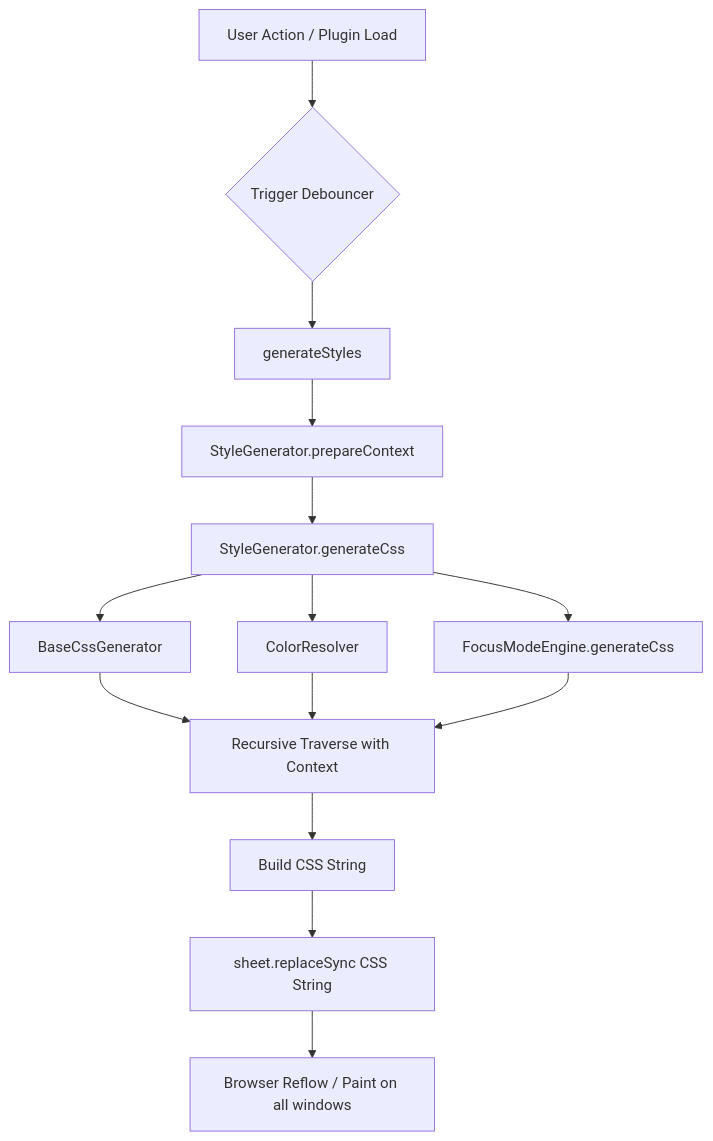
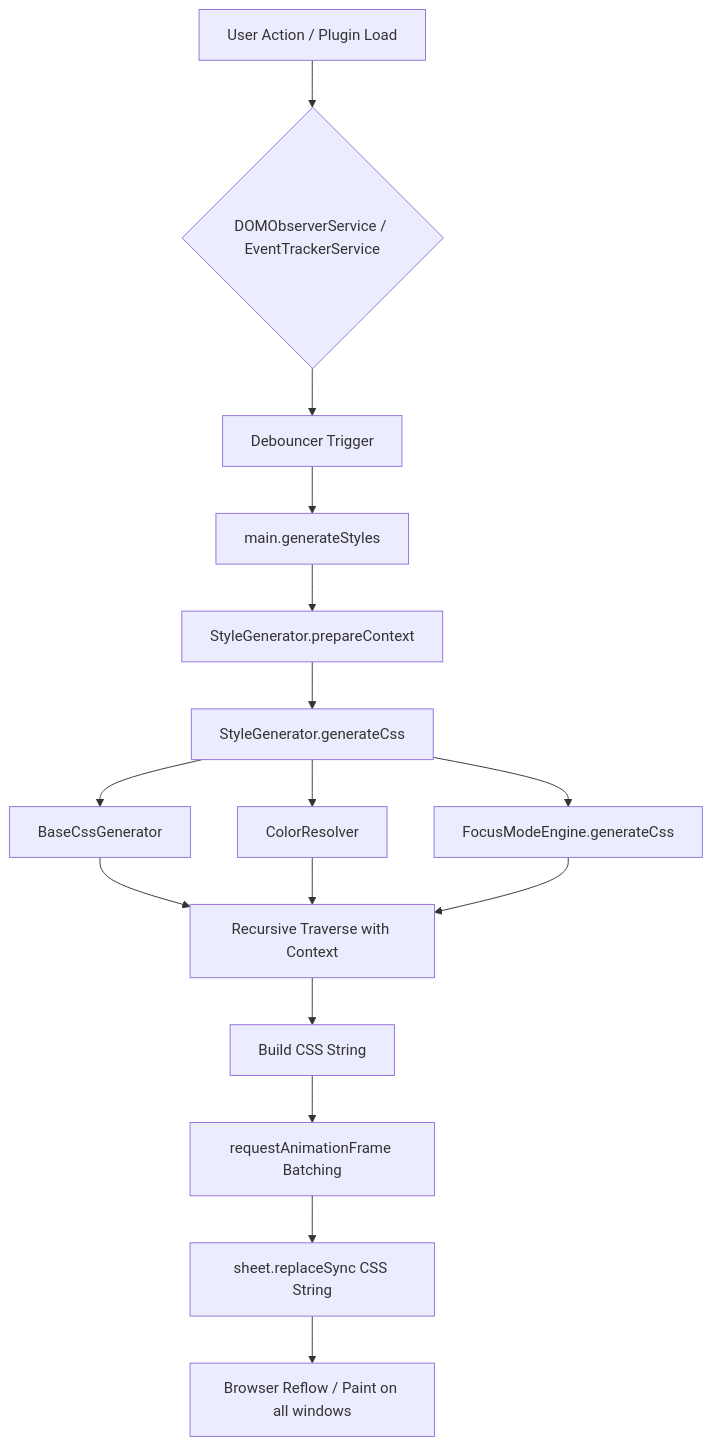
One commit to RohitNahar-Offical/colorful-folders-obsidian changed the first of 4 diagrams in docs/ARCHITECTURE.md. Above: the diagram before and after it, drawn with Mermaid. The commit also changed other lines of this file and 16 other files, not shown here.

Commit message:
feat: implement core plugin architecture and style generation logic for Colorful Folders

````diff
--- a/docs/ARCHITECTURE.md
+++ b/docs/ARCHITECTURE.md
@@ -16,16 +16,18 @@
 ```mermaid
 graph TD
-    A[User Action / Plugin Load] --> B{Trigger Debouncer}
-    B --> C[generateStyles]
-    C --> D[StyleGenerator.prepareContext]
-    D --> E[StyleGenerator.generateCss]
-    E --> F1[BaseCssGenerator]
-    E --> F2[ColorResolver]
-    E --> F3[FocusModeEngine.generateCss]
-    F1 --> G[Recursive Traverse with Context]
-    F2 --> G
-    F3 --> G
-    G --> H[Build CSS String]
-    H --> I[sheet.replaceSync CSS String]
-    I --> J[Browser Reflow / Paint on all windows]
+    A[User Action / Plugin Load] --> B{DOMObserverService / EventTrackerService}
+    B --> C[Debouncer Trigger]
+    C --> D[main.generateStyles]
+    D --> E[StyleGenerator.prepareContext]
+    E --> F[StyleGenerator.generateCss]
+    F --> G1[BaseCssGenerator]
+    F --> G2[ColorResolver]
+    F --> G3[FocusModeEngine.generateCss]
+    G1 --> H[Recursive Traverse with Context]
+    G2 --> H
+    G3 --> H
+    H --> I[Build CSS String]
+    I --> J[requestAnimationFrame Batching]
+    J --> K[sheet.replaceSync CSS String]
+    K --> L[Browser Reflow / Paint on all windows]
 ```
````
